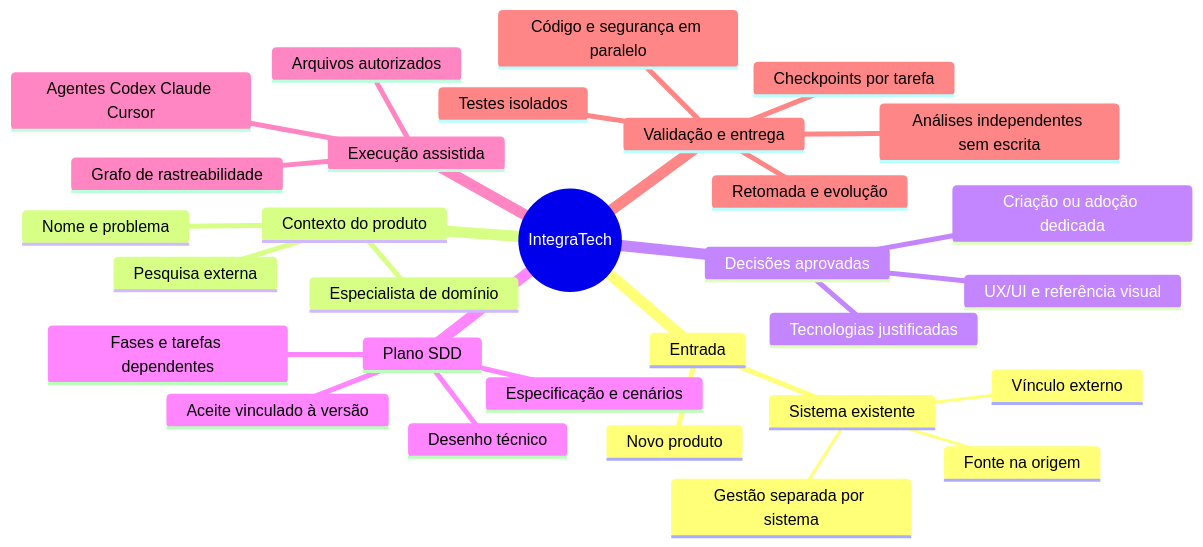
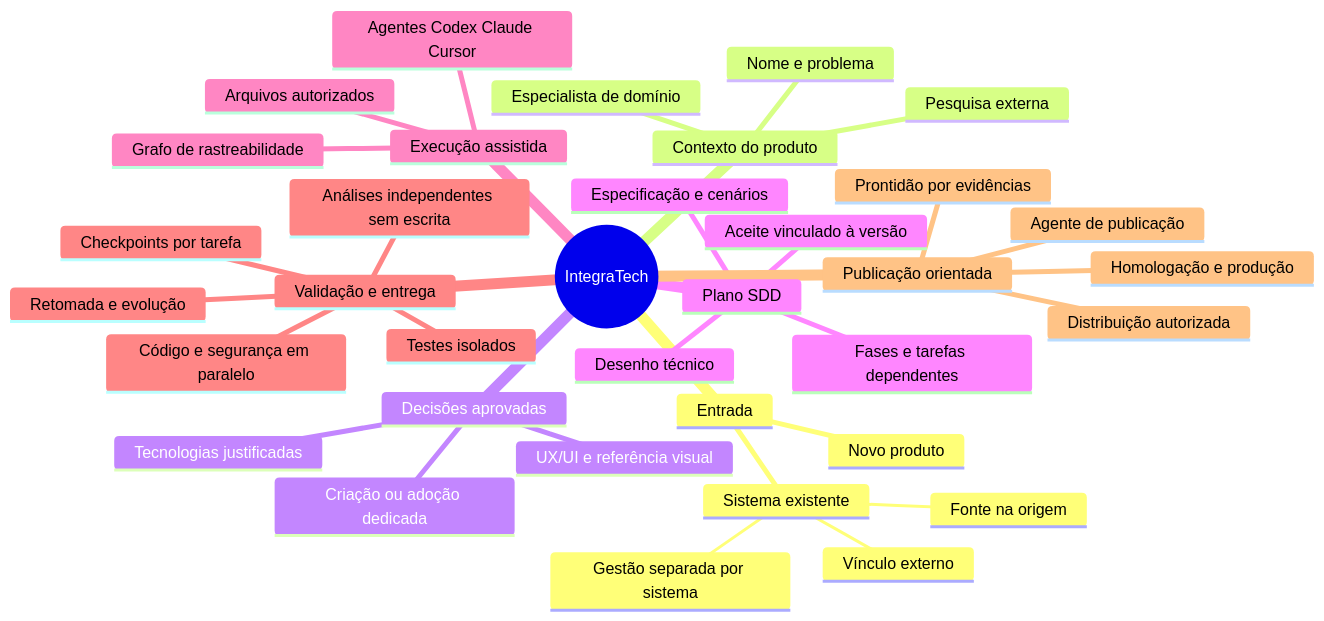
The diagram in README.md (erickcremona/IntegraTech), drawn with Mermaid before and after one commit. The commit also changed other lines of this file and 33 other files, not shown here.

````diff
--- a/README.md
+++ b/README.md
@@ -9,33 +9,38 @@
 ```mermaid
 mindmap
   root((IntegraTech))
     Entrada
       Novo produto
       Sistema existente
         Vínculo externo
         Fonte na origem
         Gestão separada por sistema
     Contexto do produto
       Nome e problema
       Pesquisa externa
       Especialista de domínio
     Decisões aprovadas
       Tecnologias justificadas
       UX/UI e referência visual
       Criação ou adoção dedicada
     Plano SDD
       Especificação e cenários
       Desenho técnico
       Fases e tarefas dependentes
       Aceite vinculado à versão
     Execução assistida
       Agentes Codex Claude Cursor
       Arquivos autorizados
       Grafo de rastreabilidade
     Validação e entrega
       Testes isolados
       Código e segurança em paralelo
       Análises independentes sem escrita
       Checkpoints por tarefa
       Retomada e evolução
+    Publicação orientada
+      Agente de publicação
+      Prontidão por evidências
+      Homologação e produção
+      Distribuição autorizada
 ```
````
